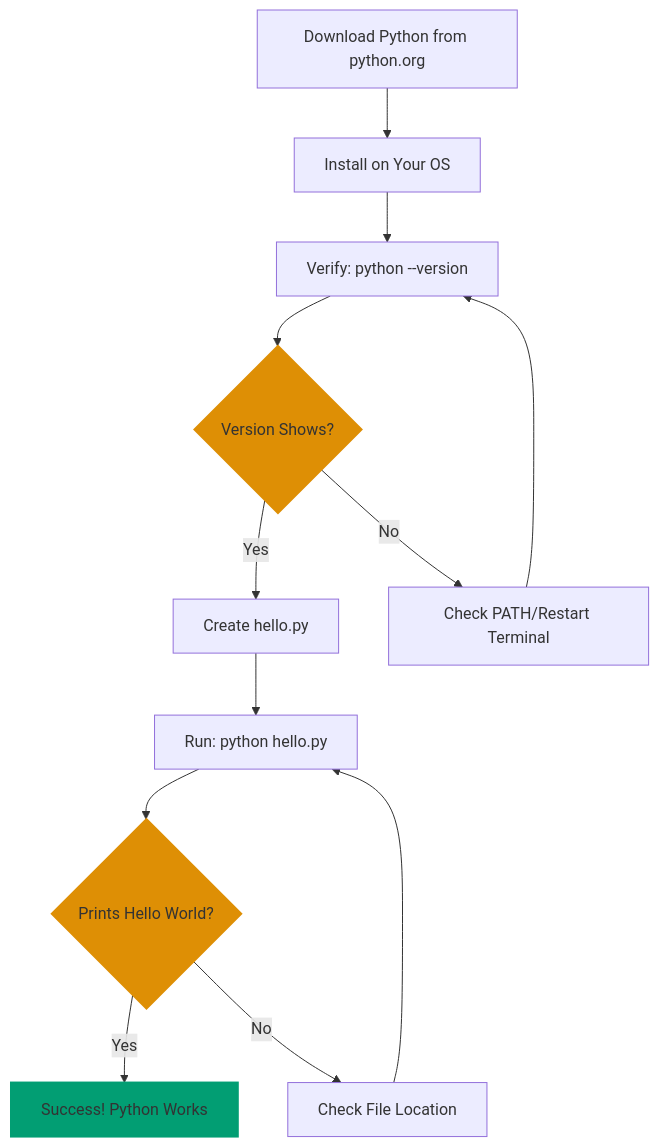
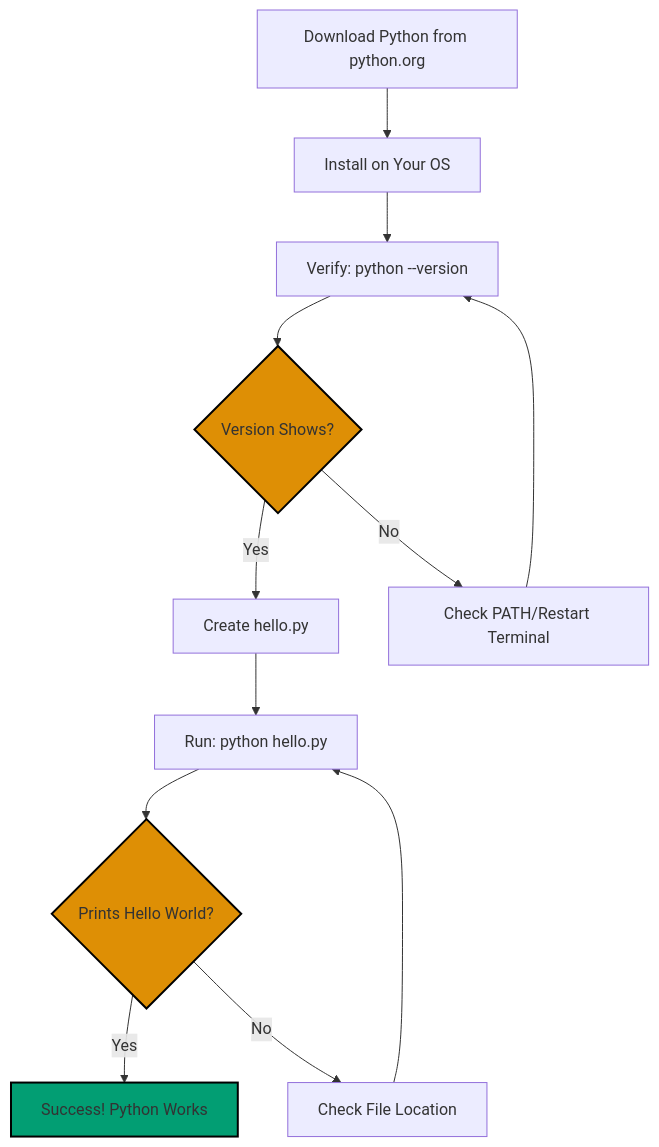
One commit to wahidyankf/open-sharia-enterprise changed the diagram in apps/ayokoding-web/content/en/learn/software-engineering/programming-language/python/tutorials/initial-setup.md. Above: the diagram before and after it, drawn with Mermaid. The commit also changed other lines of this file and 29 other files, not shown here.

````diff
--- a/apps/ayokoding-web/content/en/learn/software-engineering/programming-language/python/tutorials/initial-setup.md
+++ b/apps/ayokoding-web/content/en/learn/software-engineering/programming-language/python/tutorials/initial-setup.md
@@ -28,18 +28,19 @@
 ```mermaid
+%% Color Palette: Teal #029E73, Orange #DE8F05
 graph TD
     A[Download Python from python.org] --> B[Install on Your OS]
     B --> C[Verify: python --version]
     C --> D{Version Shows?}
     D -->|Yes| E[Create hello.py]
     D -->|No| F[Check PATH/Restart Terminal]
     F --> C
     E --> G[Run: python hello.py]
     G --> H{Prints Hello World?}
     H -->|Yes| I[Success! Python Works]
     H -->|No| J[Check File Location]
     J --> G
 
-    style I fill:#029E73,stroke:#029E73,stroke-width:2px
-    style D fill:#DE8F05,stroke:#DE8F05,stroke-width:2px
-    style H fill:#DE8F05,stroke:#DE8F05,stroke-width:2px
+    style I fill:#029E73,stroke:#000000,stroke-width:2px
+    style D fill:#DE8F05,stroke:#000000,stroke-width:2px
+    style H fill:#DE8F05,stroke:#000000,stroke-width:2px
 ```
````
